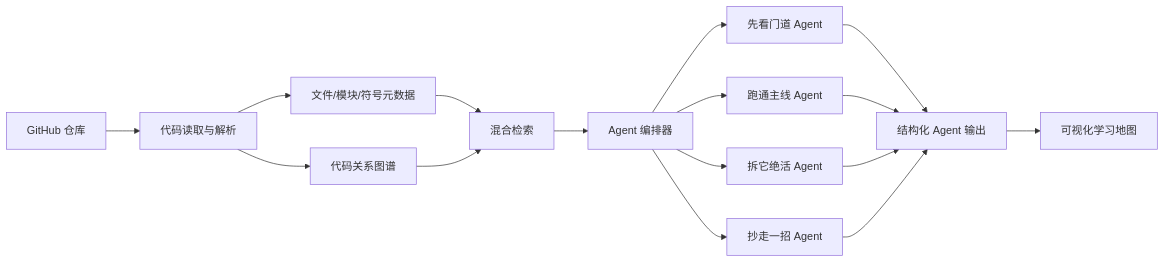
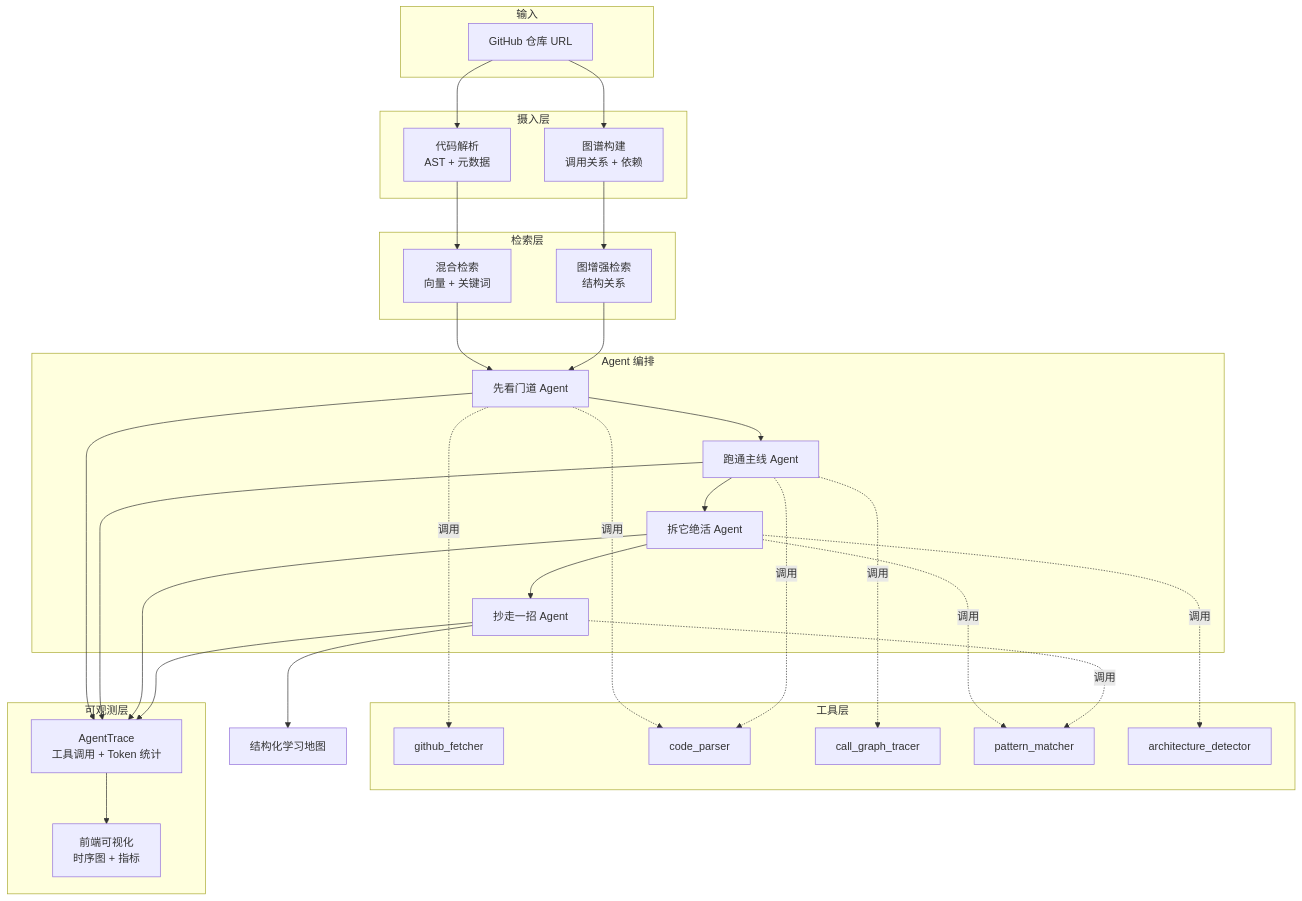
Before and after one commit to liu66-qing/CodeMap: the diagram in README.zh.md, drawn with Mermaid. The commit also changed other lines of this file and 1 other file, not shown here.

````diff
--- a/README.zh.md
+++ b/README.zh.md
@@ -136,18 +100,62 @@
 ```mermaid
-flowchart LR
-  A["GitHub 仓库"] --> B["代码读取与解析"]
-  B --> C["文件/模块/符号元数据"]
-  B --> D["代码关系图谱"]
-  C --> E["混合检索"]
-  D --> E
-  E --> F["Agent 编排器"]
-  F --> G["先看门道 Agent"]
-  F --> H["跑通主线 Agent"]
-  F --> I["拆它绝活 Agent"]
-  F --> J["抄走一招 Agent"]
-  G --> K["结构化 Agent 输出"]
-  H --> K
-  I --> K
-  J --> K
-  K --> L["可视化学习地图"]
+flowchart TB
+    subgraph "输入"
+        A[GitHub 仓库 URL]
+    end
+    
+    subgraph "摄入层"
+        B[代码解析<br/>AST + 元数据]
+        C[图谱构建<br/>调用关系 + 依赖]
+    end
+    
+    subgraph "检索层"
+        D[混合检索<br/>向量 + 关键词]
+        E[图增强检索<br/>结构关系]
+    end
+    
+    subgraph "Agent 编排"
+        F[先看门道 Agent]
+        G[跑通主线 Agent]
+        H[拆它绝活 Agent]
+        I[抄走一招 Agent]
+    end
+    
+    subgraph "工具层"
+        J[github_fetcher]
+        K[code_parser]
+        L[call_graph_tracer]
+        M[pattern_matcher]
+        N[architecture_detector]
+    end
+    
+    subgraph "可观测层"
+        O[AgentTrace<br/>工具调用 + Token 统计]
+        P[前端可视化<br/>时序图 + 指标]
+    end
+    
+    A --> B
+    A --> C
+    B --> D
+    C --> E
+    D --> F
+    E --> F
+    F --> G
+    G --> H
+    H --> I
+    
+    F -.调用.-> J
+    F -.调用.-> K
+    G -.调用.-> L
+    G -.调用.-> K
+    H -.调用.-> M
+    H -.调用.-> N
+    I -.调用.-> M
+    
+    F --> O
+    G --> O
+    H --> O
+    I --> O
+    O --> P
+    
+    I --> Q[结构化学习地图]
 ```
````
